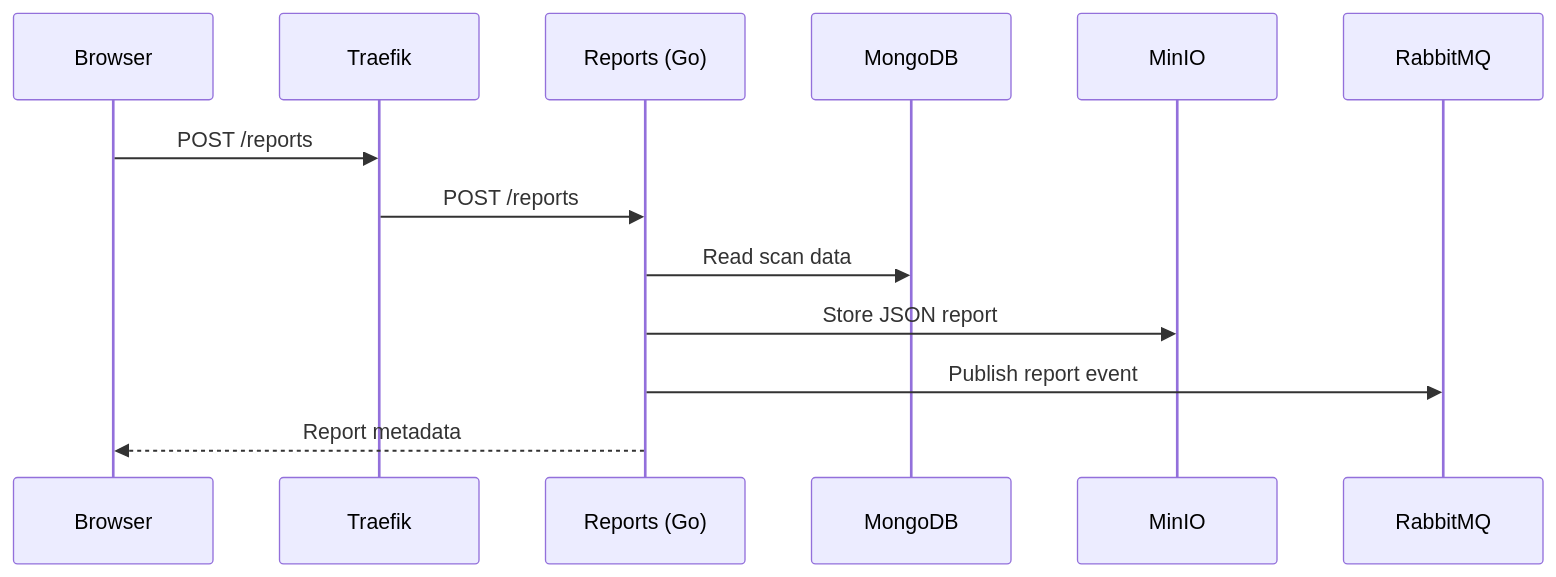
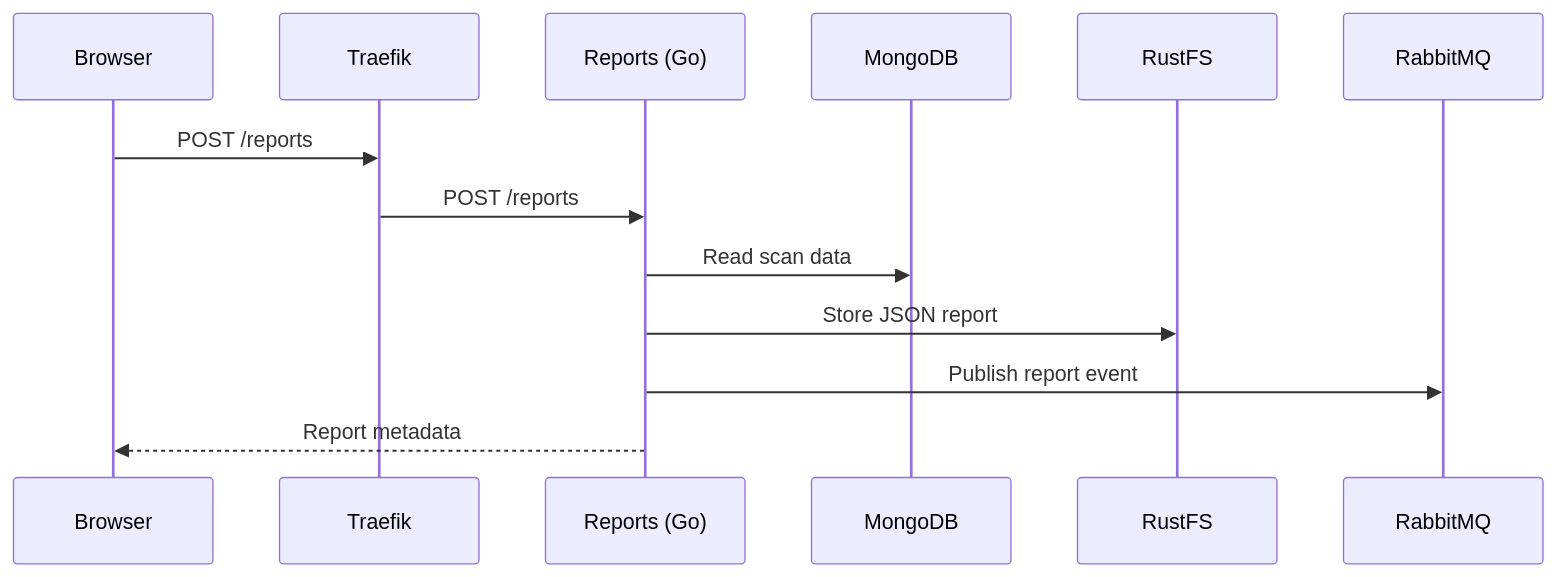
One commit to M33HA1/ForgeHarbor changed the third of 5 diagrams in docs/obsidian/01-Architecture/Data-Flow.md. Above: the diagram before and after it, drawn with Mermaid. The commit also changed other lines of this file and 28 other files, not shown here.

````diff
--- a/docs/obsidian/01-Architecture/Data-Flow.md
+++ b/docs/obsidian/01-Architecture/Data-Flow.md
@@ -50,16 +50,16 @@
 ```mermaid
 sequenceDiagram
     participant U as Browser
     participant T as Traefik
     participant R as Reports (Go)
     participant M as MongoDB
-    participant S as MinIO
+    participant S as RustFS
     participant Q as RabbitMQ
 
     U->>T: POST /reports
     T->>R: POST /reports
     R->>M: Read scan data
     R->>S: Store JSON report
     R->>Q: Publish report event
     R-->>U: Report metadata
 ```
````
